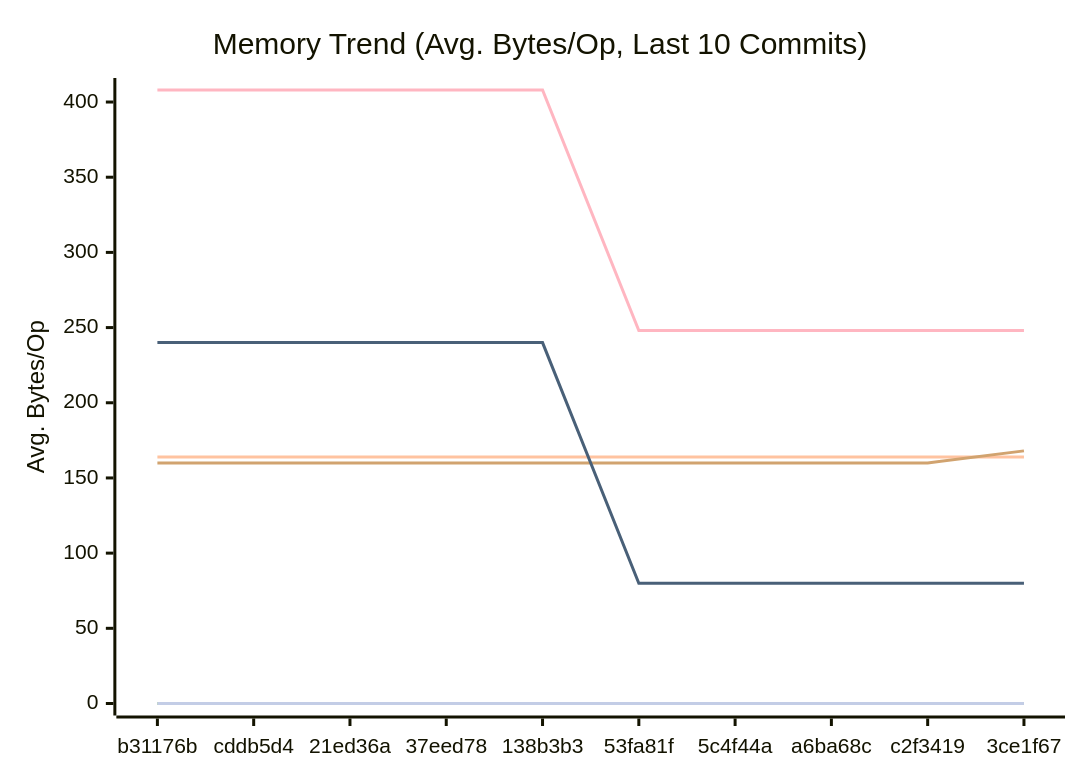
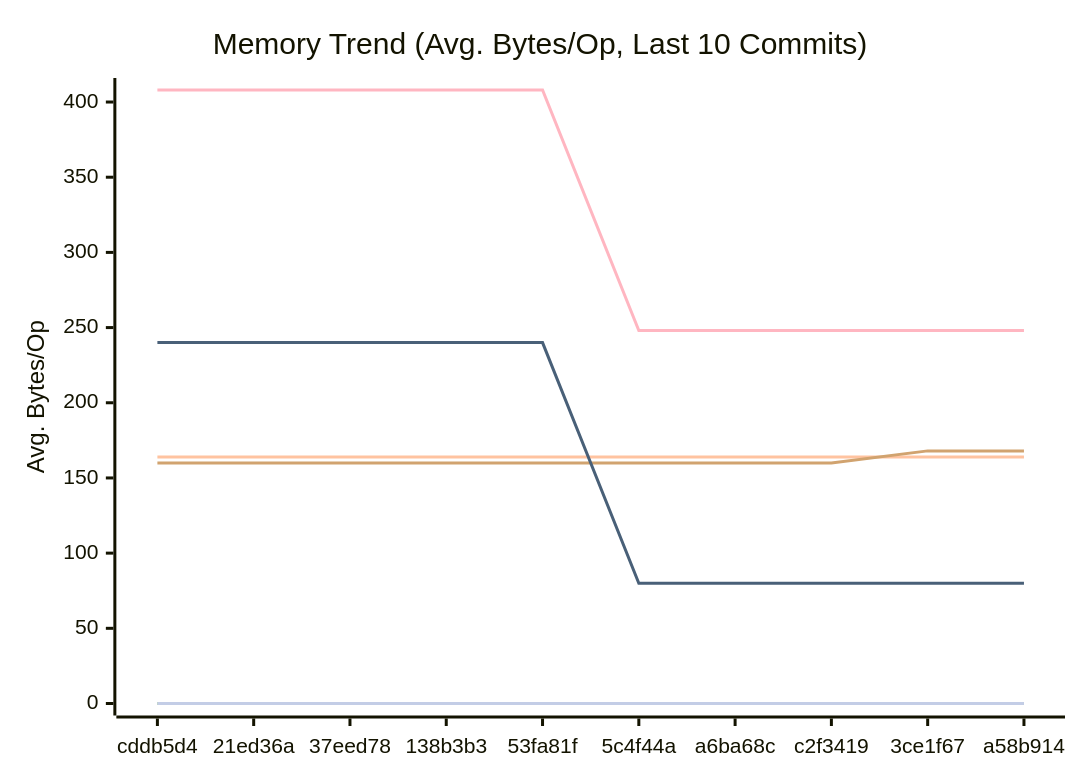
One commit to alsotoes/momo changed the second of 3 diagrams in docs/PERFORMANCE.md. Above: the diagram before and after it, drawn with Mermaid. The commit also changed other lines of this file and 2 other files, not shown here.

````diff
--- a/docs/PERFORMANCE.md
+++ b/docs/PERFORMANCE.md
@@ -99,16 +97,16 @@
 ```mermaid
 xychart-beta
     title "Memory Trend (Avg. Bytes/Op, Last 10 Commits)"
     x-axis "Commit"
     y-axis "Avg. Bytes/Op"
-    x-axis [b31176b,cddb5d4,21ed36a,37eed78,138b3b3,53fa81f,5c4f44a,a6ba68c,c2f3419,3ce1f67]
+    x-axis [cddb5d4,21ed36a,37eed78,138b3b3,53fa81f,5c4f44a,a6ba68c,c2f3419,3ce1f67,a58b914]
     line "CheckMetricsAndSwap" [0,0,0,0,0,0,0,0,0,0]
     line "CrushOptimized" [0,0,0,0,0,0,0,0,0,0]
     line "CrushOriginal" [164,164,164,164,164,164,164,164,164,164]
     line "IndexDirectTracking" [0,0,0,0,0,0,0,0,0,0]
     line "IndexSearch" [0,0,0,0,0,0,0,0,0,0]
-    line "LoadGlobalConfig" [160,160,160,160,160,160,160,160,160,168]
+    line "LoadGlobalConfig" [160,160,160,160,160,160,160,160,168,168]
     line "PadString" [0,0,0,0,0,0,0,0,0,0]
     line "ParseReplicationOrder_NoPrealloc" [408,408,408,408,408,248,248,248,248,248]
     line "ParseReplicationOrder_Prealloc" [240,240,240,240,240,80,80,80,80,80]
 ```
````
